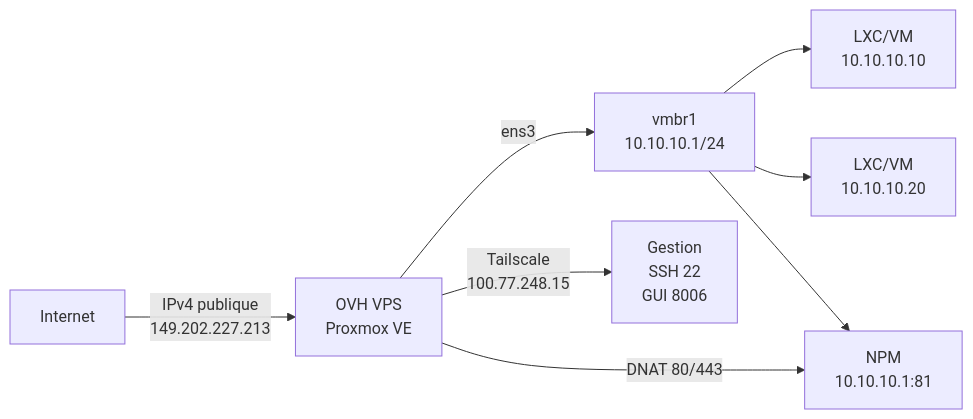
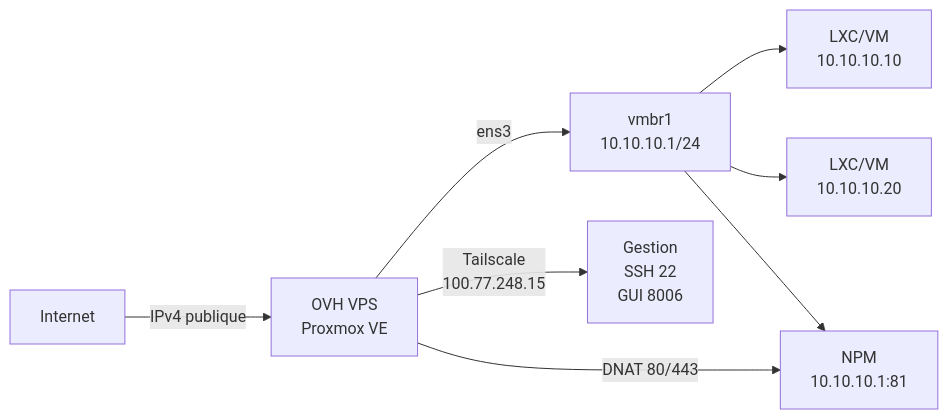
One commit to GoXLd/goxld.github.io changed the diagram in _posts/2026-09-09-installer-proxmox-ve-sur-vps-ovh.md. Above: the diagram before and after it, drawn with Mermaid. The commit also changed other lines of this file and 2 other files, not shown here.

Commit message:
Privacy: replace real public IPv4 with <PUBLIC_IPV4> placeholder in all 3 languages

````diff
--- a/_posts/2026-09-09-installer-proxmox-ve-sur-vps-ovh.md
+++ b/_posts/2026-09-09-installer-proxmox-ve-sur-vps-ovh.md
@@ -104,10 +104,10 @@
 ```mermaid
 flowchart LR
-    Internet[Internet] -->|IPv4 publique\n149.202.227.213| VPS[OVH VPS\nProxmox VE]
+    Internet[Internet] -->|IPv4 publique| VPS[OVH VPS\nProxmox VE]
     VPS -->|ens3| BridgeNAT[vmbr1\n10.10.10.1/24]
     BridgeNAT --> LXC1[LXC/VM\n10.10.10.10]
     BridgeNAT --> LXC2[LXC/VM\n10.10.10.20]
     BridgeNAT --> NPM[NPM\n10.10.10.1:81]
     VPS -->|DNAT 80/443| NPM
     VPS -->|Tailscale\n100.77.248.15| Mgmt[Gestion\nSSH 22\nGUI 8006]
 ```
````
